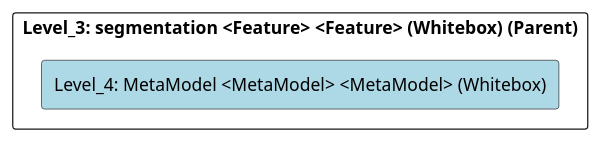
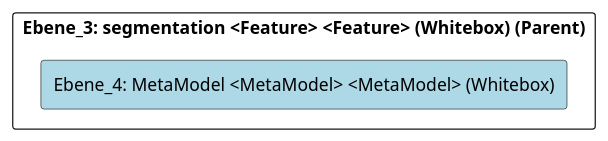
One commit to marcozwyssig/cleon changed the diagram in doc/cleonproject_deliverables_architecture_model_architecture/adoc/de/05_bausteinsicht/cleon/modeling_languages/segmentation/metamodel/ebene_4_metamodel.adoc. Above: the diagram before and after it, drawn with PlantUML. The commit also changed other lines of this file and 214 other files, not shown here.

```diff
--- a/doc/cleonproject_deliverables_architecture_model_architecture/adoc/de/05_bausteinsicht/cleon/modeling_languages/segmentation/metamodel/ebene_4_metamodel.adoc
+++ b/doc/cleonproject_deliverables_architecture_model_architecture/adoc/de/05_bausteinsicht/cleon/modeling_languages/segmentation/metamodel/ebene_4_metamodel.adoc
@@ -24,24 +24,24 @@
-[plantuml, Level_4: MetaModel <MetaModel> <MetaModel> (Whitebox)BlockOverview, format="svg"]
+[plantuml, Ebene_4: MetaModel <MetaModel> <MetaModel> (Whitebox)BlockOverview, format="svg"]
 ----
-@startuml Level_4: MetaModel <MetaModel> <MetaModel> (Whitebox)BuildingBlockOverview
+@startuml Ebene_4: MetaModel <MetaModel> <MetaModel> (Whitebox)BuildingBlockOverview
 
 skinparam ranksep 10
 skinparam componentStyle rectangle
 skinparam shadowing false
 skinparam arrowColor lightblue
 skinparam arrowThickness 1.2
 skinparam rectangle {
   BackgroundColor White
   BorderColor #333
   RoundCorner 10
 }
 top to bottom direction
 
-component "Level_3: segmentation <Feature> <Feature> (Whitebox) (Parent)" {
-    component "Level_4: MetaModel <MetaModel> <MetaModel> (Whitebox)" #lightblue {
+component "Ebene_3: segmentation <Feature> <Feature> (Whitebox) (Parent)" {
+    component "Ebene_4: MetaModel <MetaModel> <MetaModel> (Whitebox)" #lightblue {
     }
 
 }
 
 @enduml
 ----
```
